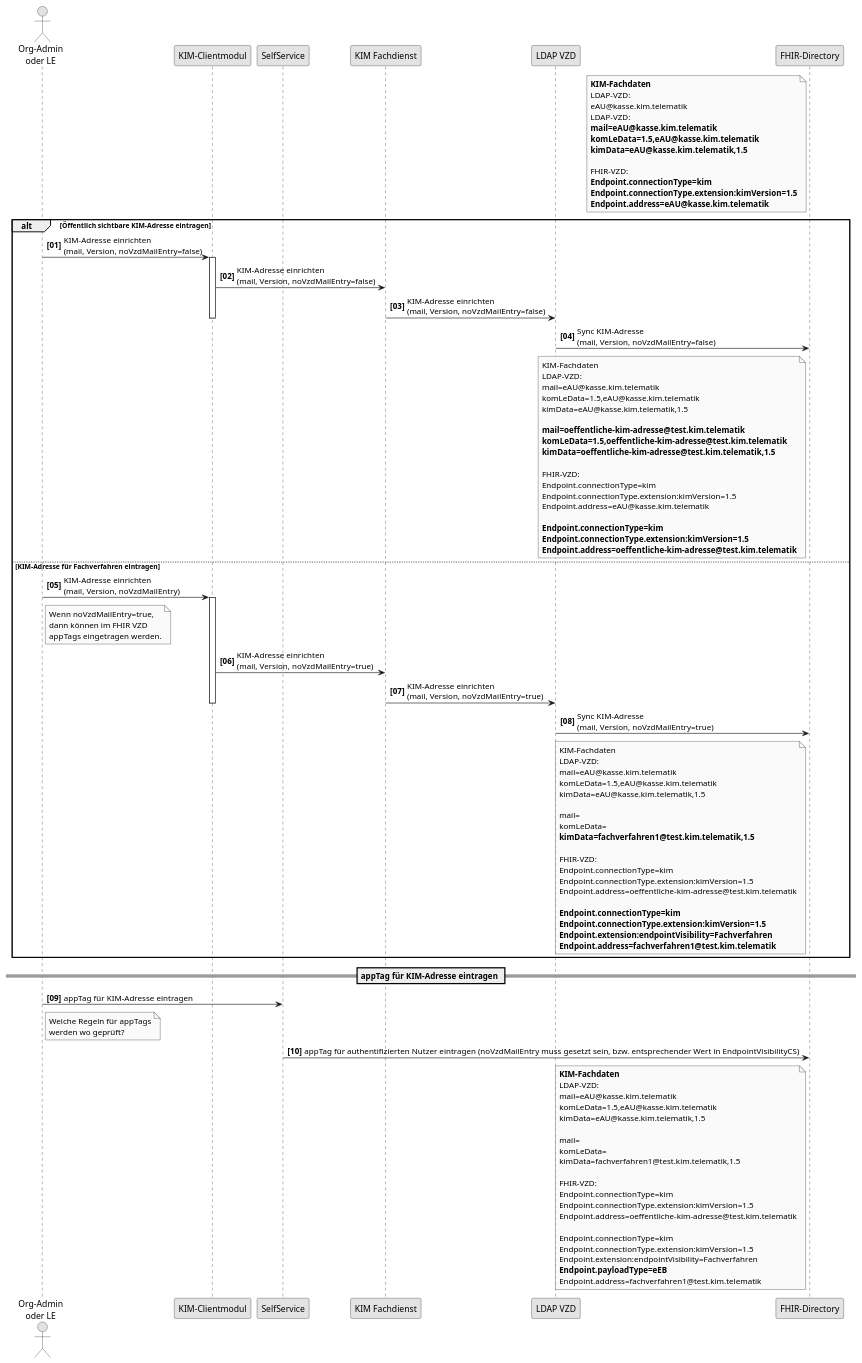
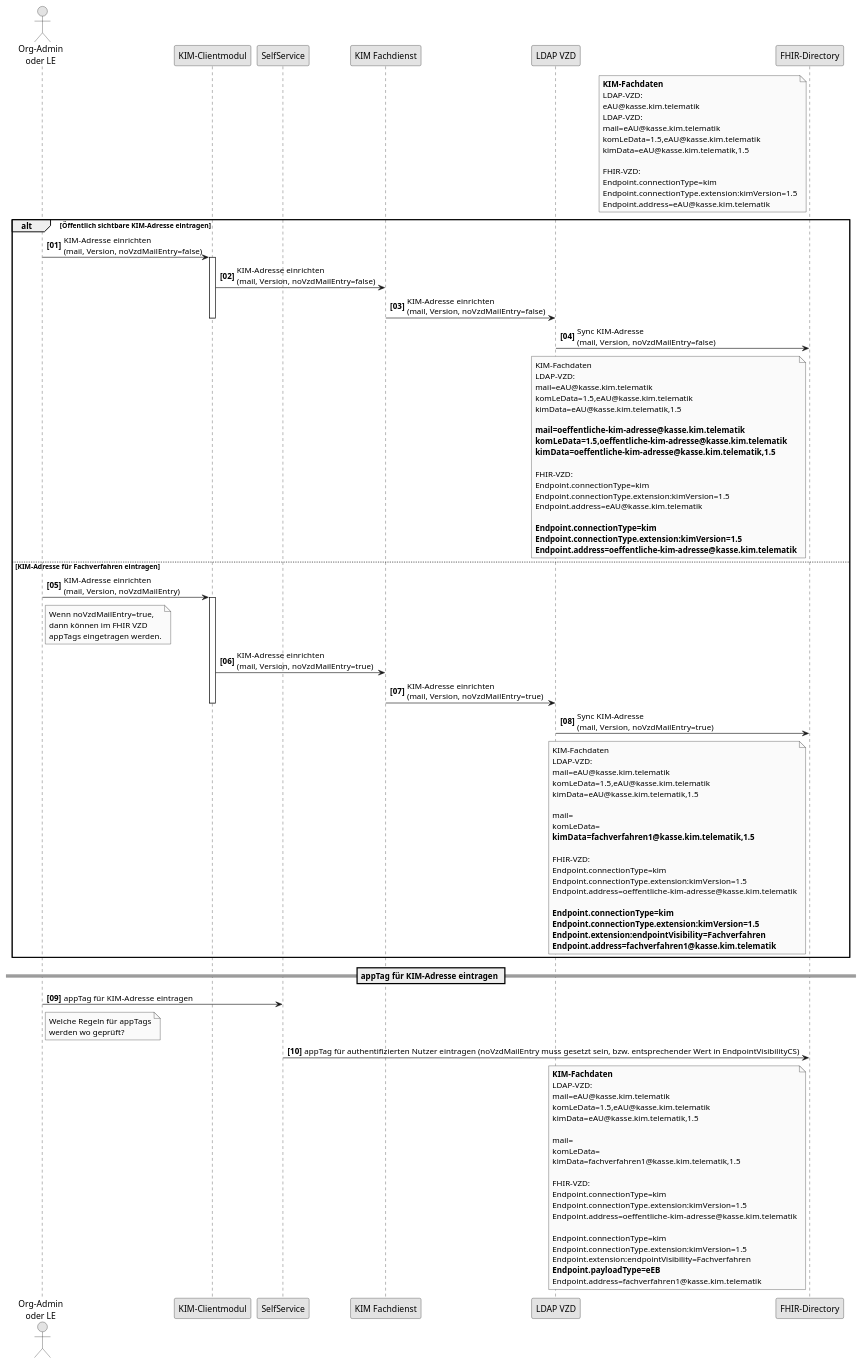
The diagram in src/plantuml/kim16/SequenceDiagram.KIM.16Kassen.puml (gematik/api-vzd), drawn with PlantUML before and after one commit.

```diff
--- a/src/plantuml/kim16/SequenceDiagram.KIM.16Kassen.puml
+++ b/src/plantuml/kim16/SequenceDiagram.KIM.16Kassen.puml
@@ -1,128 +1,128 @@
 @startuml
 skinparam dpi 100
 skinparam WrapWidth 200
 skinparam monochrome true
 autonumber "<b>[00]"
 
 'title "Zusätzliche KIM-Adressen für Kassen"
 actor o as "Org-Admin\noder LE"
 participant cl as "KIM-Clientmodul"
 participant ssp as "SelfService"
 participant kimfd as "KIM Fachdienst"
 participant ldap as "LDAP VZD"
 participant fd as "FHIR-Directory"
 
 note left of fd 
 <b>KIM-Fachdaten
 LDAP-VZD: eAU@kasse.kim.telematik
 LDAP-VZD:
-<b>mail=eAU@kasse.kim.telematik
-<b>komLeData=1.5,eAU@kasse.kim.telematik
-<b>kimData=eAU@kasse.kim.telematik,1.5
+mail=eAU@kasse.kim.telematik
+komLeData=1.5,eAU@kasse.kim.telematik
+kimData=eAU@kasse.kim.telematik,1.5
 
 FHIR-VZD:
-<b>Endpoint.connectionType=kim
-<b>Endpoint.connectionType.extension:kimVersion=1.5
-<b>Endpoint.address=eAU@kasse.kim.telematik
+Endpoint.connectionType=kim
+Endpoint.connectionType.extension:kimVersion=1.5
+Endpoint.address=eAU@kasse.kim.telematik
 end note
 
 alt Öffentlich sichtbare KIM-Adresse eintragen
 
 o -> cl: KIM-Adresse einrichten\n(mail, Version, noVzdMailEntry=false)
 activate cl
 cl -> kimfd: KIM-Adresse einrichten\n(mail, Version, noVzdMailEntry=false)
 kimfd -> ldap: KIM-Adresse einrichten\n(mail, Version, noVzdMailEntry=false)
 deactivate cl
 
 ldap -> fd: Sync KIM-Adresse\n(mail, Version, noVzdMailEntry=false)
 
 note left of fd 
 KIM-Fachdaten
 LDAP-VZD:
 mail=eAU@kasse.kim.telematik
 komLeData=1.5,eAU@kasse.kim.telematik
 kimData=eAU@kasse.kim.telematik,1.5
 
-<b>mail=oeffentliche-kim-adresse@test.kim.telematik
-<b>komLeData=1.5,oeffentliche-kim-adresse@test.kim.telematik
-<b>kimData=oeffentliche-kim-adresse@test.kim.telematik,1.5
+<b>mail=oeffentliche-kim-adresse@kasse.kim.telematik
+<b>komLeData=1.5,oeffentliche-kim-adresse@kasse.kim.telematik
+<b>kimData=oeffentliche-kim-adresse@kasse.kim.telematik,1.5
 
 FHIR-VZD:
 Endpoint.connectionType=kim
 Endpoint.connectionType.extension:kimVersion=1.5
 Endpoint.address=eAU@kasse.kim.telematik
 
 <b>Endpoint.connectionType=kim
 <b>Endpoint.connectionType.extension:kimVersion=1.5
-<b>Endpoint.address=oeffentliche-kim-adresse@test.kim.telematik
+<b>Endpoint.address=oeffentliche-kim-adresse@kasse.kim.telematik
 end note
 
 else KIM-Adresse für Fachverfahren eintragen 
 
 o -> cl: KIM-Adresse einrichten\n(mail, Version, noVzdMailEntry)
 activate cl
 note right of o 
 Wenn noVzdMailEntry=true, dann können im FHIR VZD appTags eingetragen werden.
 end note
 cl -> kimfd: KIM-Adresse einrichten\n(mail, Version, noVzdMailEntry=true)
 kimfd -> ldap: KIM-Adresse einrichten\n(mail, Version, noVzdMailEntry=true)
 deactivate cl
 
 ldap -> fd: Sync KIM-Adresse\n(mail, Version, noVzdMailEntry=true)
 
 note left of fd 
 KIM-Fachdaten
 LDAP-VZD:
 mail=eAU@kasse.kim.telematik
 komLeData=1.5,eAU@kasse.kim.telematik
 kimData=eAU@kasse.kim.telematik,1.5
 
 mail=
 komLeData=
-<b>kimData=fachverfahren1@test.kim.telematik,1.5
+<b>kimData=fachverfahren1@kasse.kim.telematik,1.5
 
 FHIR-VZD:
 Endpoint.connectionType=kim
 Endpoint.connectionType.extension:kimVersion=1.5
-Endpoint.address=oeffentliche-kim-adresse@test.kim.telematik
+Endpoint.address=oeffentliche-kim-adresse@kasse.kim.telematik
 
 <b>Endpoint.connectionType=kim
 <b>Endpoint.connectionType.extension:kimVersion=1.5
 <b>Endpoint.extension:endpointVisibility=Fachverfahren
-<b>Endpoint.address=fachverfahren1@test.kim.telematik
+<b>Endpoint.address=fachverfahren1@kasse.kim.telematik
 end note
 
 end
 
 == appTag für KIM-Adresse eintragen ==
 
 o -> ssp: appTag für KIM-Adresse eintragen
 note right of o 
 Welche Regeln für appTags werden wo geprüft?
 end note
 ssp -> fd: appTag für authentifizierten Nutzer eintragen (noVzdMailEntry muss gesetzt sein, bzw. entsprechender Wert in EndpointVisibilityCS)
 
 note left of fd 
 <b>KIM-Fachdaten</b>
 LDAP-VZD:
 mail=eAU@kasse.kim.telematik
 komLeData=1.5,eAU@kasse.kim.telematik
 kimData=eAU@kasse.kim.telematik,1.5
 
 mail=
 komLeData=
-kimData=fachverfahren1@test.kim.telematik,1.5
+kimData=fachverfahren1@kasse.kim.telematik,1.5
 
 FHIR-VZD:
 Endpoint.connectionType=kim
 Endpoint.connectionType.extension:kimVersion=1.5
-Endpoint.address=oeffentliche-kim-adresse@test.kim.telematik
+Endpoint.address=oeffentliche-kim-adresse@kasse.kim.telematik
 
 Endpoint.connectionType=kim
 Endpoint.connectionType.extension:kimVersion=1.5
 Endpoint.extension:endpointVisibility=Fachverfahren
 <b>Endpoint.payloadType=eEB</b>
-Endpoint.address=fachverfahren1@test.kim.telematik
+Endpoint.address=fachverfahren1@kasse.kim.telematik
 end note
 
 @enduml
```
